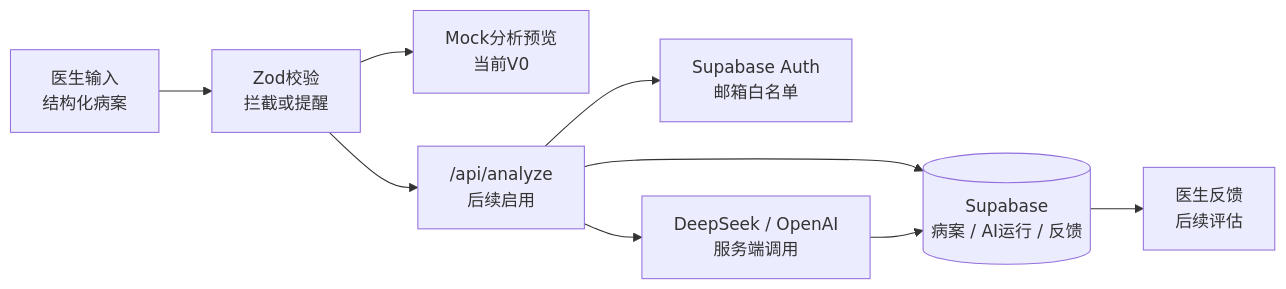
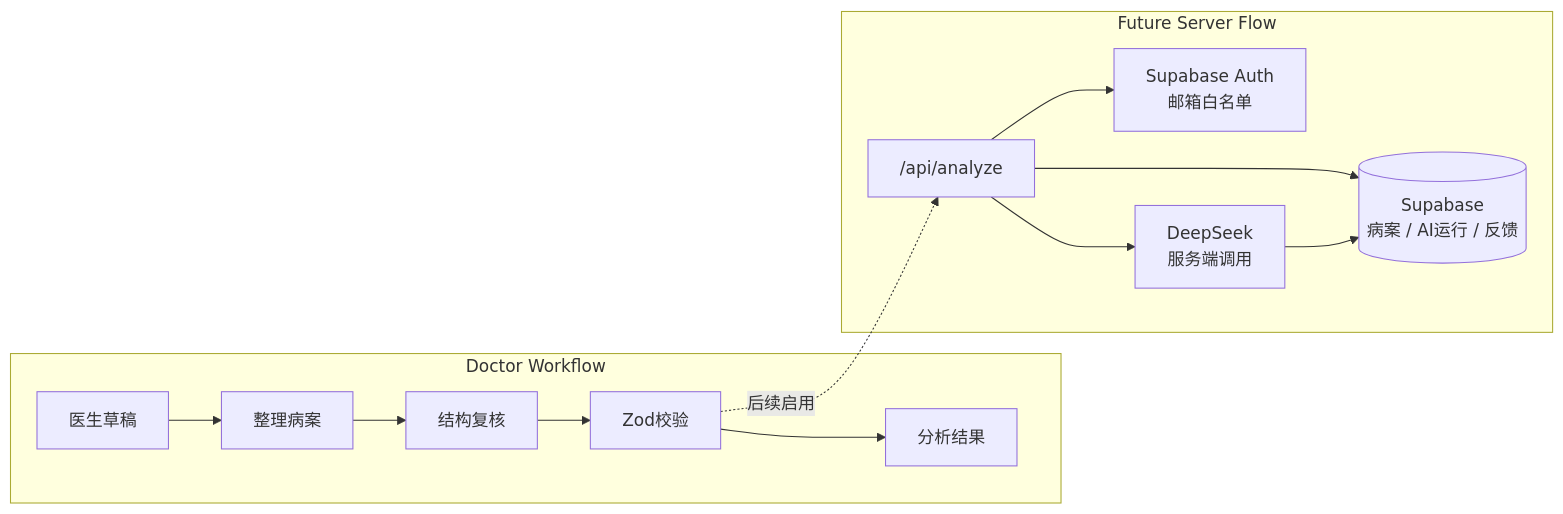
The second of 2 diagrams in README.md (chiaweiwoo/tcm-diagnosis), drawn with Mermaid before and after one commit. The commit also changed other lines of this file and 8 other files, not shown here.

Commit message:
Wire DeepSeek organize and analyze flow

````diff
--- a/README.md
+++ b/README.md
@@ -88,11 +56,24 @@
 ```mermaid
 flowchart LR
-    DR["医生输入\n结构化病案"] --> VAL["Zod校验\n拦截或提醒"]
-    VAL --> UI["Mock分析预览\n当前V0"]
-    VAL --> API["/api/analyze\n后续启用"]
-    API --> AUTH["Supabase Auth\n邮箱白名单"]
-    API --> AI["DeepSeek / OpenAI\n服务端调用"]
-    API --> DB[("Supabase\n病案 / AI运行 / 反馈")]
-    AI --> DB
-    DB --> REVIEW["医生反馈\n后续评估"]
+    subgraph input["Doctor Workflow"]
+        D["医生草稿"]
+        O["整理病案"]
+        R["结构复核"]
+        V["Zod校验"]
+        A["分析结果"]
+        D --> O --> R --> V --> A
+    end
+
+    subgraph future["Future Server Flow"]
+        API["/api/analyze"]
+        AUTH["Supabase Auth\n邮箱白名单"]
+        AI["DeepSeek\n服务端调用"]
+        DB[("Supabase\n病案 / AI运行 / 反馈")]
+        API --> AUTH
+        API --> AI
+        API --> DB
+        AI --> DB
+    end
+
+    V -. "后续启用" .-> API
 ```
````
